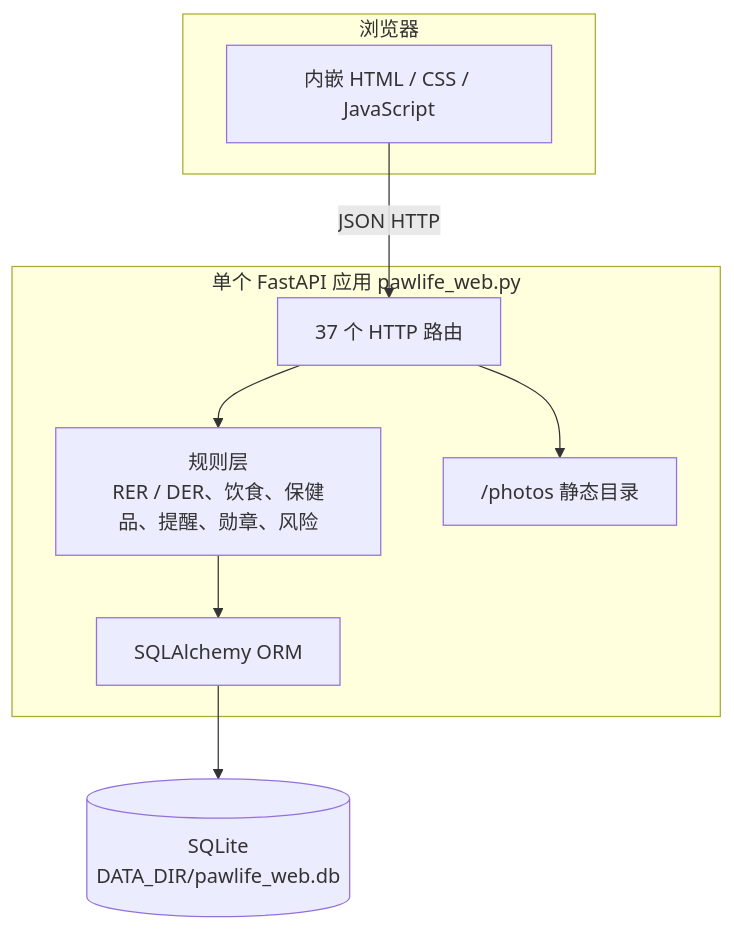
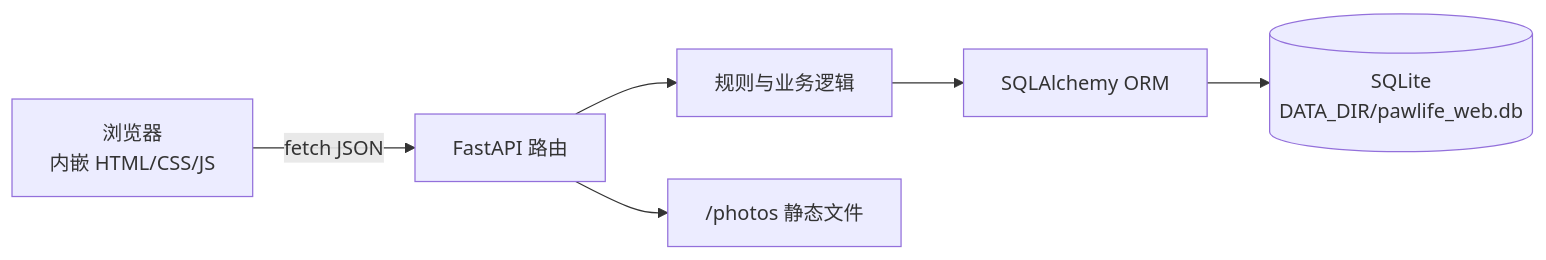
Before and after one commit to lingzi49/pawlife: the second of 4 diagrams in README.md, drawn with Mermaid. The commit also changed other lines of this file and 4 other files, not shown here.

````diff
--- a/README.md
+++ b/README.md
@@ -272,19 +257,8 @@
 ```mermaid
-flowchart TB
-    subgraph Browser[浏览器]
-        UI[内嵌 HTML / CSS / JavaScript]
-    end
-
-    subgraph App[单个 FastAPI 应用 pawlife_web.py]
-        API[37 个 HTTP 路由]
-        Rules[规则层<br/>RER / DER、饮食、保健品、提醒、勋章、风险]
-        ORM[SQLAlchemy ORM]
-        Photos["/photos 静态目录"]
-    end
-
-    UI -->|JSON HTTP| API
-    API --> Rules
-    Rules --> ORM
-    ORM --> DB[(SQLite<br/>DATA_DIR/pawlife_web.db)]
-    API --> Photos
+flowchart LR
+    B[浏览器<br/>内嵌 HTML/CSS/JS] -->|fetch JSON| A[FastAPI 路由]
+    A --> R[规则与业务逻辑]
+    R --> O[SQLAlchemy ORM]
+    O --> S[(SQLite<br/>DATA_DIR/pawlife_web.db)]
+    A --> P["/photos 静态文件"]
 ```
````
